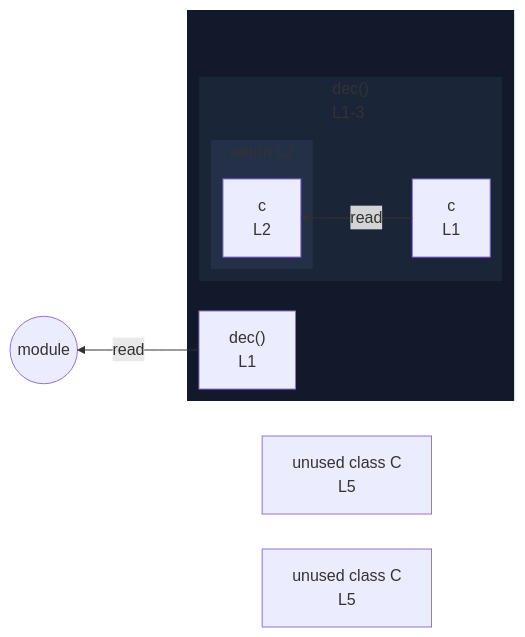
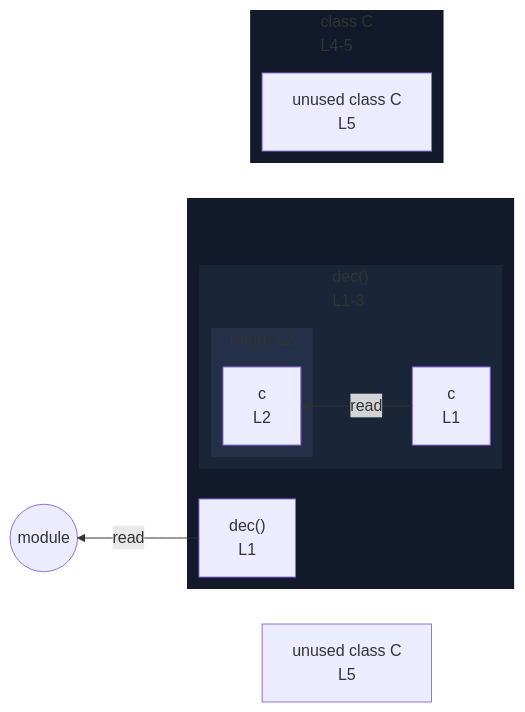
One commit to crescware/unsnarl changed the diagram in integration/fixtures/app-behavior/ast-type-coverage/decorator/preview.md. Above: the diagram before and after it, drawn with Mermaid. The commit also changed 103 other files, not shown here.

````diff
--- a/integration/fixtures/app-behavior/ast-type-coverage/decorator/preview.md
+++ b/integration/fixtures/app-behavior/ast-type-coverage/decorator/preview.md
@@ -15,27 +15,31 @@
 ```mermaid
 %%{init: {"flowchart": {"defaultRenderer": "elk"}}}%%
 flowchart RL
   n_scope_0_C_52["unused class C<br/>L5"]
-  n_scope_2_C_52["unused class C<br/>L5"]
   subgraph wrap_s_scope_1[" "]
     direction TB
     n_scope_0_dec_9["dec()<br/>L1"]
     subgraph s_scope_1["dec()<br/>L1-3"]
       direction RL
       n_scope_1_c_13["c<br/>L1"]
       subgraph s_return_scope_0_dec_9_29_38["return L2"]
         direction RL
         ret_use_ref_0["c<br/>L2"]
       end
     end
   end
+  subgraph s_scope_2["class C<br/>L4-5"]
+    direction RL
+    n_scope_2_C_52["unused class C<br/>L5"]
+  end
   n_scope_1_c_13 -->|read| ret_use_ref_0
   n_scope_0_dec_9 -->|read| module_root
   module_root((module))
   classDef nestL1 fill:#11192a,stroke:transparent;
   class wrap_s_scope_1 nestL1;
+  class s_scope_2 nestL1;
   classDef nestL2 fill:#1a2538,stroke:transparent;
   class s_scope_1 nestL2;
   classDef nestL3 fill:#243047,stroke:transparent;
   class s_return_scope_0_dec_9_29_38 nestL3;
 ```
````
